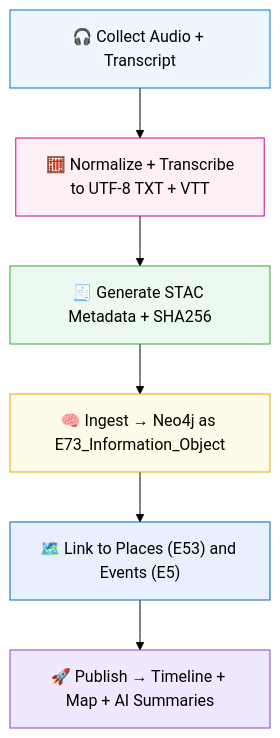
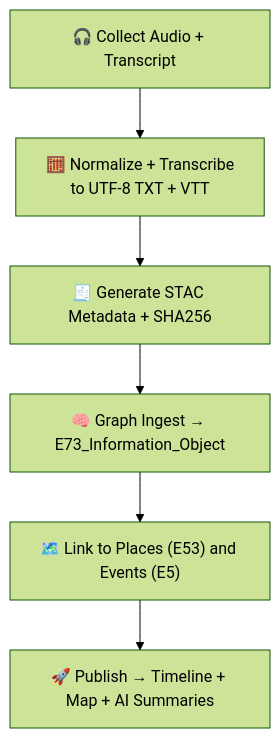
The diagram in docs/integration/oral-histories.md (bartytime4life/Kansas-Frontier-Matrix), drawn with Mermaid (forest theme) before and after one commit. The commit also changed other lines of this file, not shown here.

````diff
--- a/docs/integration/oral-histories.md
+++ b/docs/integration/oral-histories.md
@@ -67,14 +117,9 @@
 ```mermaid
 flowchart TD
   A["🎧 Collect Audio + Transcript"] --> B["🧮 Normalize + Transcribe<br/>to UTF-8 TXT + VTT"]
   B --> C["🧾 Generate STAC Metadata + SHA256"]
-  C --> D["🧠 Ingest → Neo4j as E73_Information_Object"]
+  C --> D["🧠 Graph Ingest → E73_Information_Object"]
   D --> E["🗺️ Link to Places (E53) and Events (E5)"]
   E --> F["🚀 Publish → Timeline + Map + AI Summaries"]
-  style A fill:#eef7ff,stroke:#0077cc
-  style B fill:#fff0f5,stroke:#cc0088
-  style C fill:#ecf9f0,stroke:#33aa33
-  style D fill:#fffbea,stroke:#e8a500
-  style E fill:#e8f0ff,stroke:#0066aa
-  style F fill:#f0e8ff,stroke:#8844cc
+%% END OF MERMAID
 ```
````
